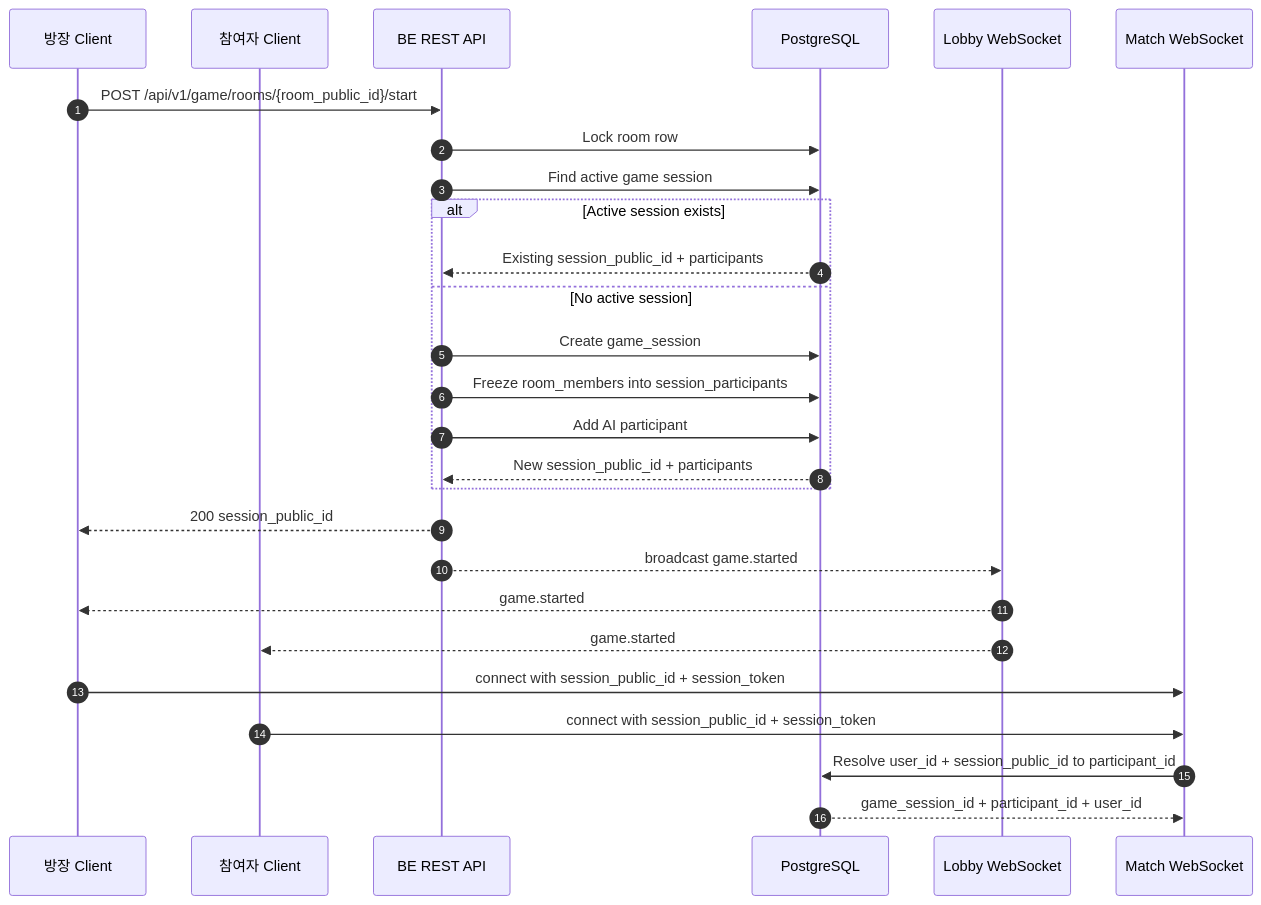
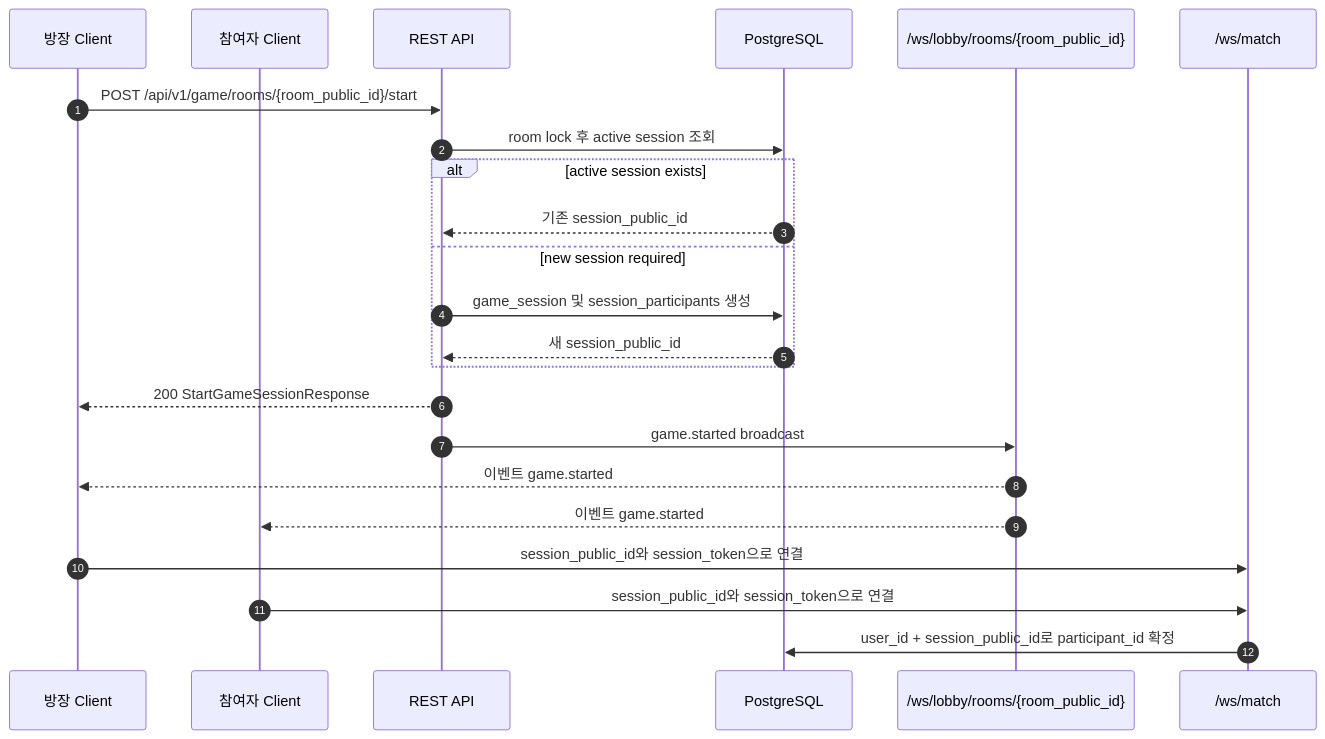
The third of 3 diagrams in app/be/api/docs/ws-api.md (haejillyeok/backend), drawn with Mermaid before and after one commit. The commit also changed other lines of this file and 24 other files, not shown here.

Commit message:
feat: add room lobby APIs and websocket presence

````diff
--- a/app/be/api/docs/ws-api.md
+++ b/app/be/api/docs/ws-api.md
@@ -16,30 +330,26 @@
 ```mermaid
 sequenceDiagram
     autonumber
     participant Owner as 방장 Client
     participant Guest as 참여자 Client
-    participant REST as BE REST API
+    participant REST as REST API
     participant DB as PostgreSQL
-    participant LobbyWS as Lobby WebSocket
-    participant MatchWS as Match WebSocket
+    participant LobbyWS as /ws/lobby/rooms/{room_public_id}
+    participant MatchWS as /ws/match
 
     Owner->>REST: POST /api/v1/game/rooms/{room_public_id}/start
-    REST->>DB: Lock room row
-    REST->>DB: Find active game session
-    alt Active session exists
-        DB-->>REST: Existing session_public_id + participants
-    else No active session
-        REST->>DB: Create game_session
-        REST->>DB: Freeze room_members into session_participants
-        REST->>DB: Add AI participant
-        DB-->>REST: New session_public_id + participants
+    REST->>DB: room lock 후 active session 조회
+    alt active session exists
+        DB-->>REST: 기존 session_public_id
+    else new session required
+        REST->>DB: game_session 및 session_participants 생성
+        DB-->>REST: 새 session_public_id
     end
-    REST-->>Owner: 200 session_public_id
-    REST-->>LobbyWS: broadcast game.started
-    LobbyWS-->>Owner: game.started
-    LobbyWS-->>Guest: game.started
-    Owner->>MatchWS: connect with session_public_id + session_token
-    Guest->>MatchWS: connect with session_public_id + session_token
-    MatchWS->>DB: Resolve user_id + session_public_id to participant_id
-    DB-->>MatchWS: game_session_id + participant_id + user_id
+    REST-->>Owner: 200 StartGameSessionResponse
+    REST->>LobbyWS: game.started broadcast
+    LobbyWS-->>Owner: 이벤트 game.started
+    LobbyWS-->>Guest: 이벤트 game.started
+    Owner->>MatchWS: session_public_id와 session_token으로 연결
+    Guest->>MatchWS: session_public_id와 session_token으로 연결
+    MatchWS->>DB: user_id + session_public_id로 participant_id 확정
 ```
````
